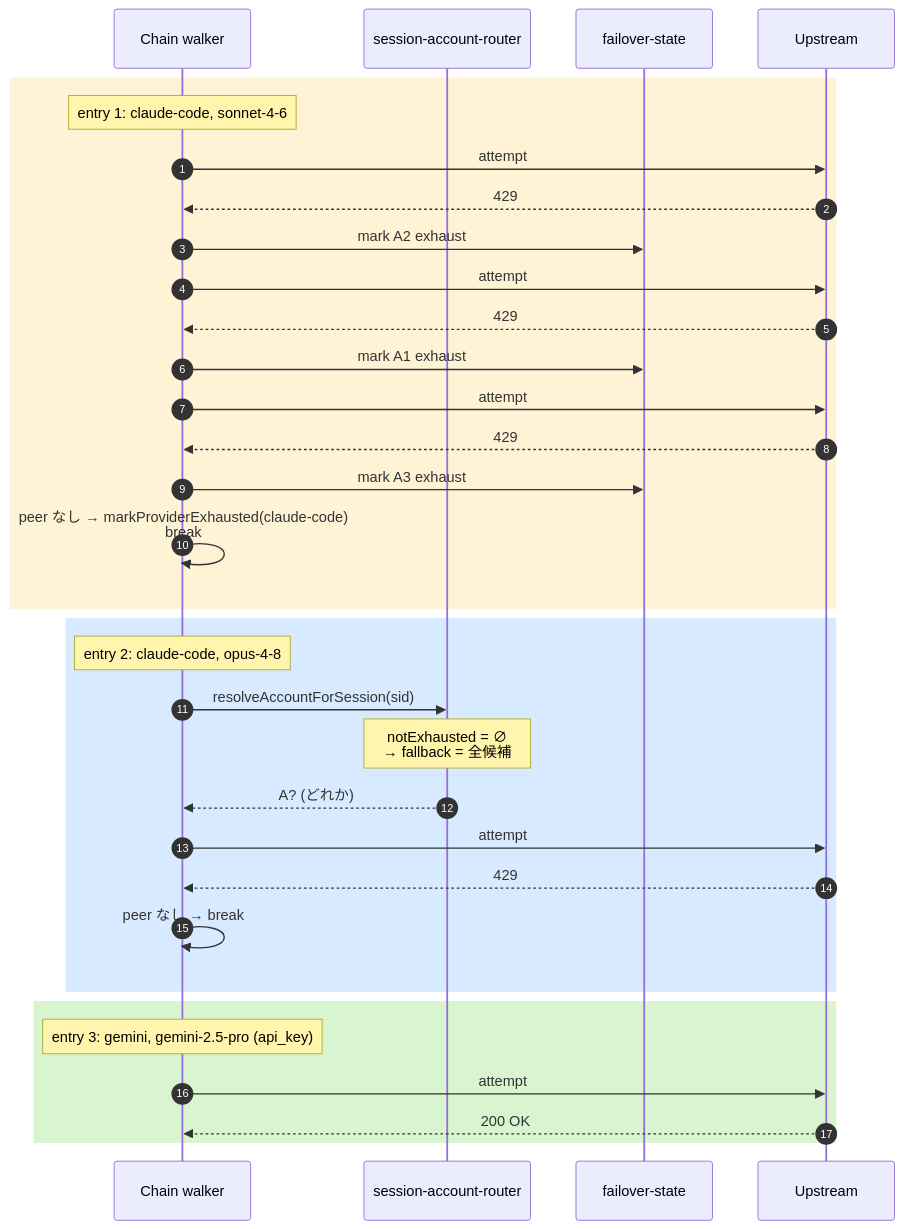
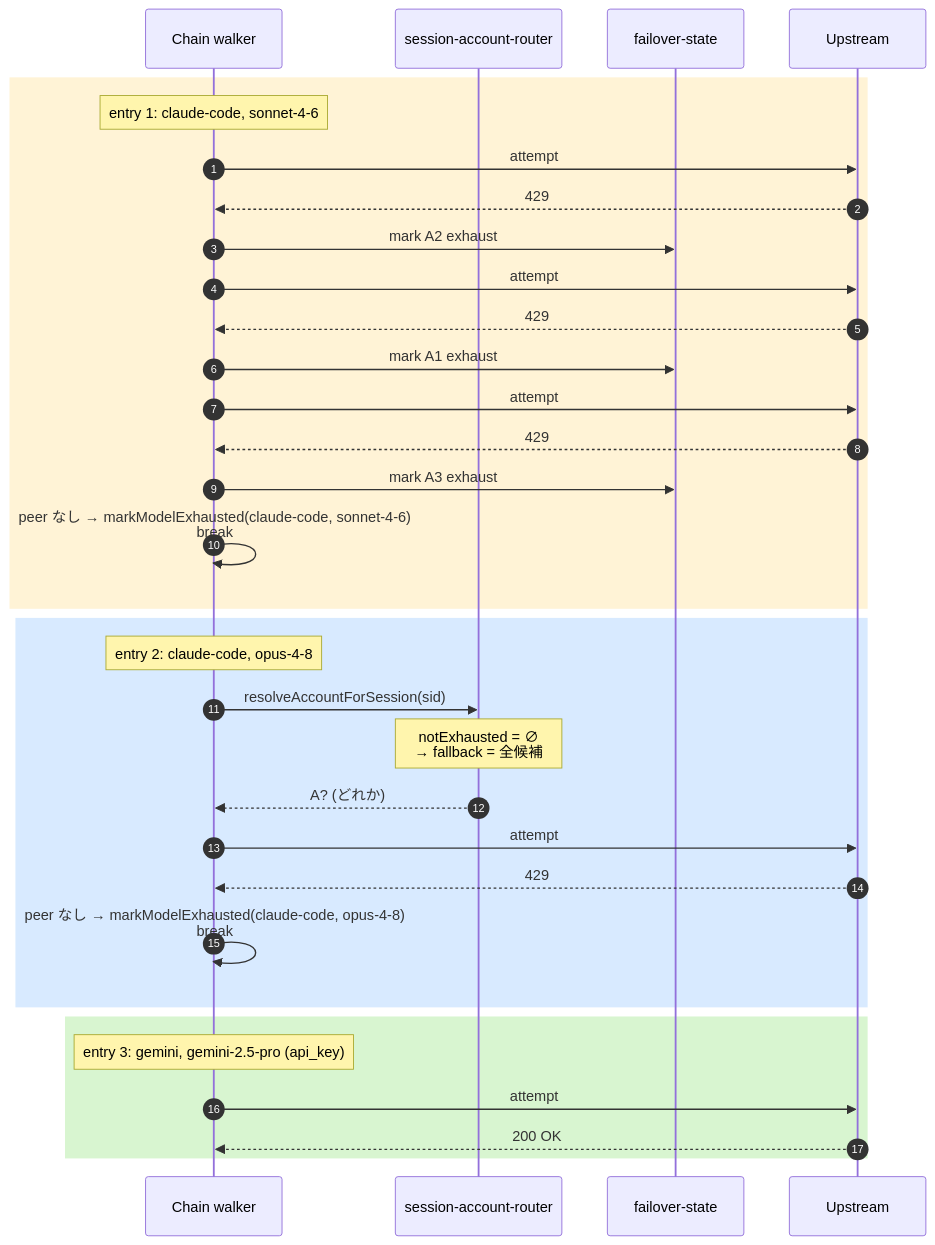
The seventh of 12 diagrams in docs/architecture/pipeline-overview.md (tkgstrator/rialto), drawn with Mermaid before and after one commit. The commit also changed other lines of this file and 21 other files, not shown here.

````diff
--- a/docs/architecture/pipeline-overview.md
+++ b/docs/architecture/pipeline-overview.md
@@ -315,38 +325,38 @@
 ```mermaid
 sequenceDiagram
   autonumber
   participant W as Chain walker
   participant SAR as session-account-router
   participant FS as failover-state
   participant U as Upstream
 
   rect rgb(255,243,214)
     Note over W: entry 1: claude-code, sonnet-4-6
     W->>U: attempt #1 (A2)
     U-->>W: 429
     W->>FS: mark A2 exhaust
     W->>U: attempt #2 (A1)
     U-->>W: 429
     W->>FS: mark A1 exhaust
     W->>U: attempt #3 (A3)
     U-->>W: 429
     W->>FS: mark A3 exhaust
-    W->>W: peer なし → markProviderExhausted(claude-code)<br/>break
+    W->>W: peer なし → markModelExhausted(claude-code, sonnet-4-6)<br/>break
   end
 
   rect rgb(216,234,255)
     Note over W: entry 2: claude-code, opus-4-8
     W->>SAR: resolveAccountForSession(sid)
     Note over SAR: notExhausted = ∅<br/>→ fallback = 全候補
     SAR-->>W: A? (どれか)
     W->>U: attempt #1
     U-->>W: 429
-    W->>W: peer なし → break
+    W->>W: peer なし → markModelExhausted(claude-code, opus-4-8)<br/>break
   end
 
   rect rgb(216,245,208)
     Note over W: entry 3: gemini, gemini-2.5-pro (api_key)
     W->>U: attempt #1
     U-->>W: 200 OK
   end
 ```
````
